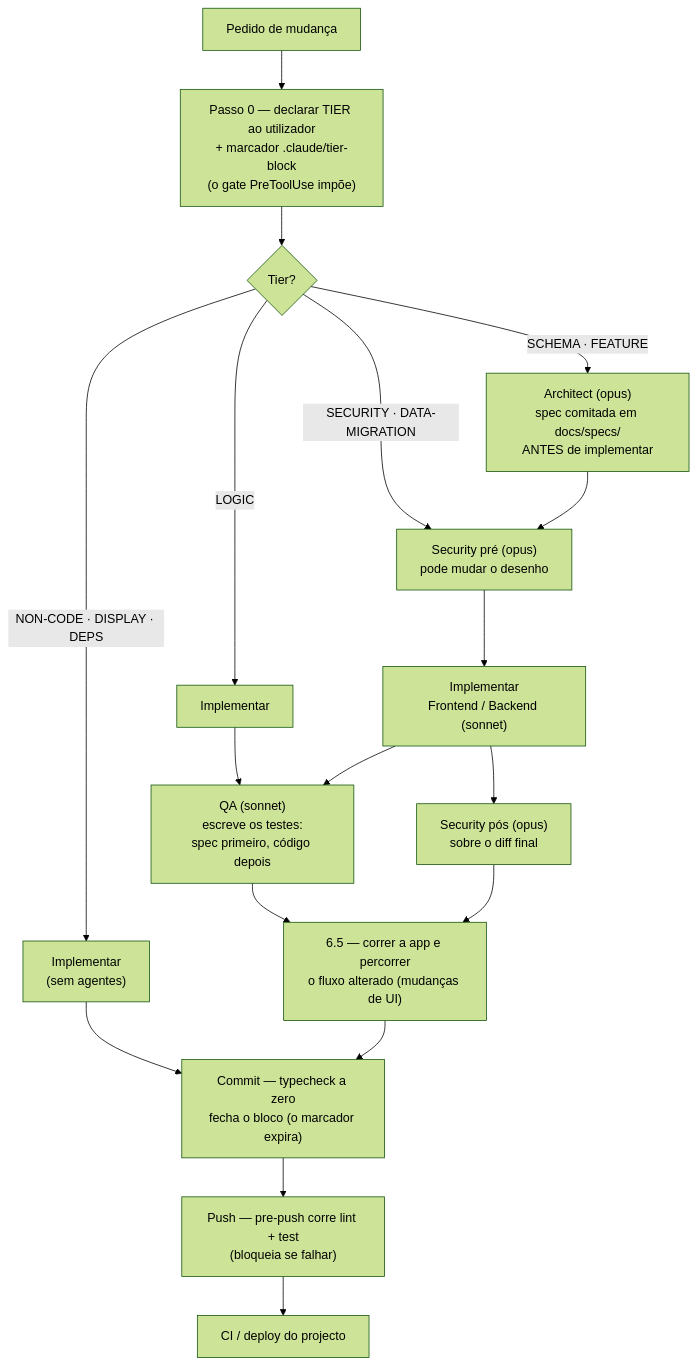
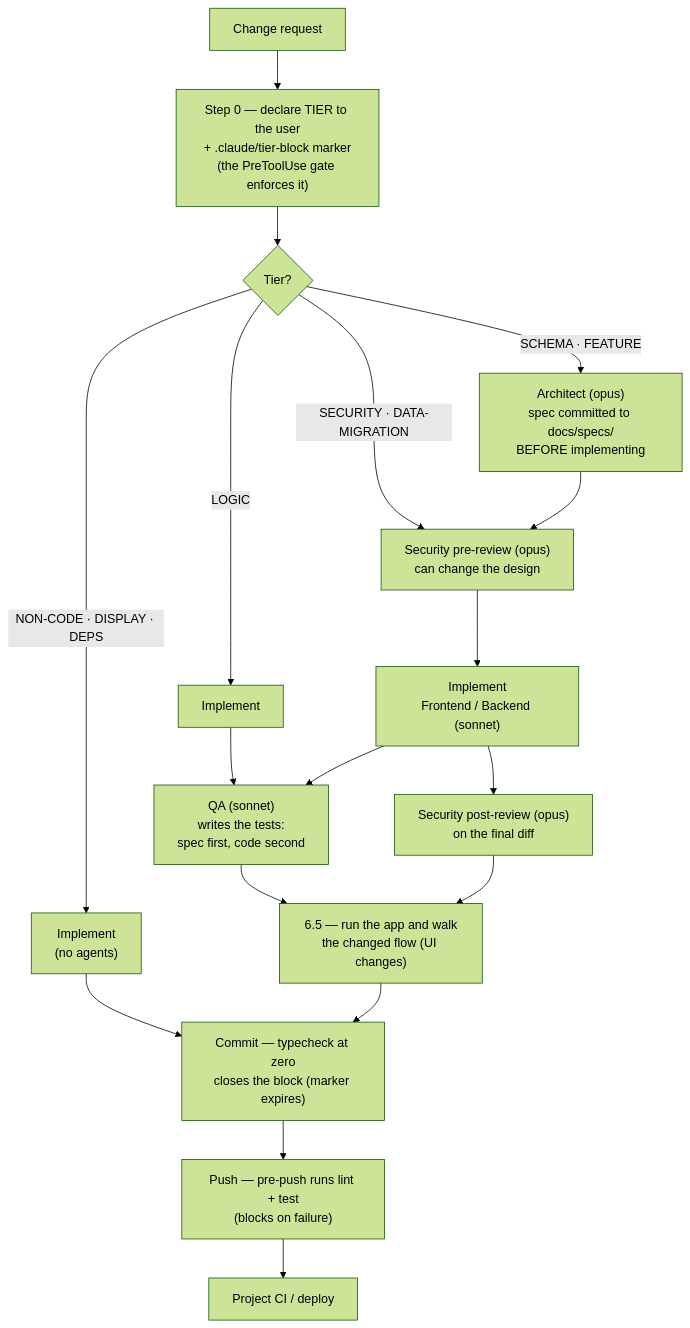
Before and after one commit to Ahlut/batuta: the second of 2 diagrams in README.md, drawn with Mermaid (forest theme). The commit also changed other lines of this file and 19 other files, not shown here.

````diff
--- a/README.md
+++ b/README.md
@@ -85,20 +83,20 @@
 ```mermaid
 flowchart TD
-    P["Pedido de mudança"] --> G0["Passo 0 — declarar TIER ao utilizador<br/>+ marcador .claude/tier-block<br/>(o gate PreToolUse impõe)"]
+    P["Change request"] --> G0["Step 0 — declare TIER to the user<br/>+ .claude/tier-block marker<br/>(the PreToolUse gate enforces it)"]
     G0 --> T{"Tier?"}
-    T -->|"NON-CODE · DISPLAY · DEPS"| I0["Implementar<br/>(sem agentes)"]
-    T -->|"LOGIC"| I1["Implementar"]
-    T -->|"SECURITY · DATA-MIGRATION"| SP["Security pré (opus)<br/>pode mudar o desenho"]
-    T -->|"SCHEMA · FEATURE"| AR["Architect (opus)<br/>spec comitada em docs/specs/<br/>ANTES de implementar"]
+    T -->|"NON-CODE · DISPLAY · DEPS"| I0["Implement<br/>(no agents)"]
+    T -->|"LOGIC"| I1["Implement"]
+    T -->|"SECURITY · DATA-MIGRATION"| SP["Security pre-review (opus)<br/>can change the design"]
+    T -->|"SCHEMA · FEATURE"| AR["Architect (opus)<br/>spec committed to docs/specs/<br/>BEFORE implementing"]
     AR --> SP
-    SP --> I2["Implementar<br/>Frontend / Backend (sonnet)"]
-    I1 --> Q["QA (sonnet)<br/>escreve os testes:<br/>spec primeiro, código depois"]
+    SP --> I2["Implement<br/>Frontend / Backend (sonnet)"]
+    I1 --> Q["QA (sonnet)<br/>writes the tests:<br/>spec first, code second"]
     I2 --> Q
-    I2 --> SS["Security pós (opus)<br/>sobre o diff final"]
-    Q --> V["6.5 — correr a app e percorrer<br/>o fluxo alterado (mudanças de UI)"]
+    I2 --> SS["Security post-review (opus)<br/>on the final diff"]
+    Q --> V["6.5 — run the app and walk<br/>the changed flow (UI changes)"]
     SS --> V
     I0 --> C
-    V --> C["Commit — typecheck a zero<br/>fecha o bloco (o marcador expira)"]
-    C --> PU["Push — pre-push corre lint + test<br/>(bloqueia se falhar)"]
-    PU --> CI["CI / deploy do projecto"]
+    V --> C["Commit — typecheck at zero<br/>closes the block (marker expires)"]
+    C --> PU["Push — pre-push runs lint + test<br/>(blocks on failure)"]
+    PU --> CI["Project CI / deploy"]
 ```
````
